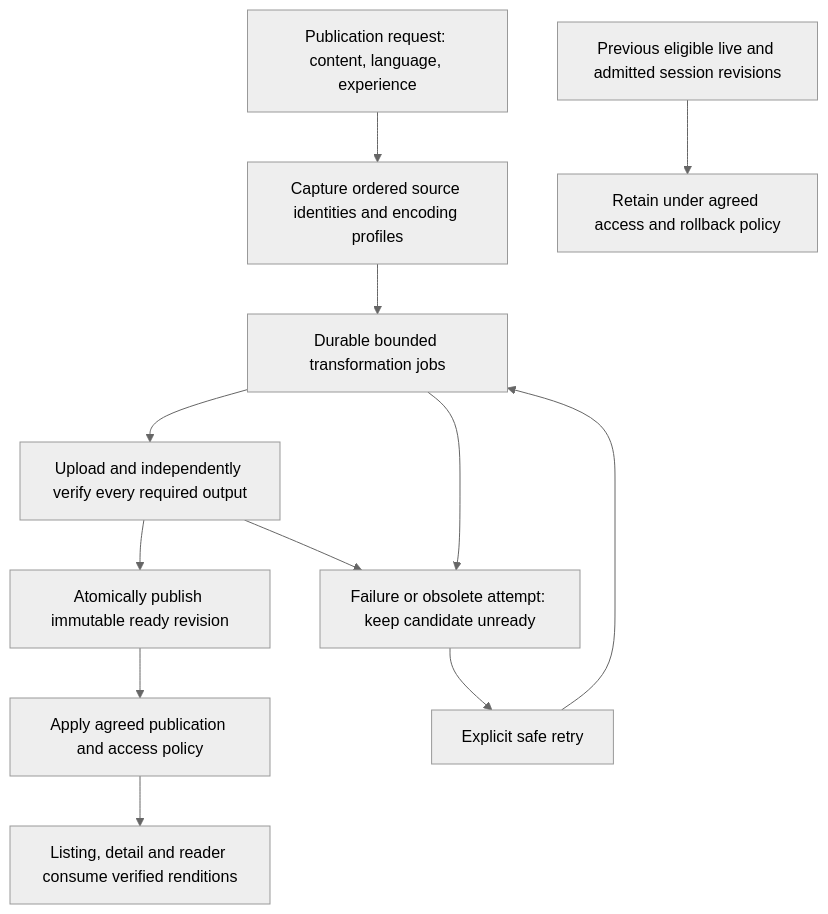
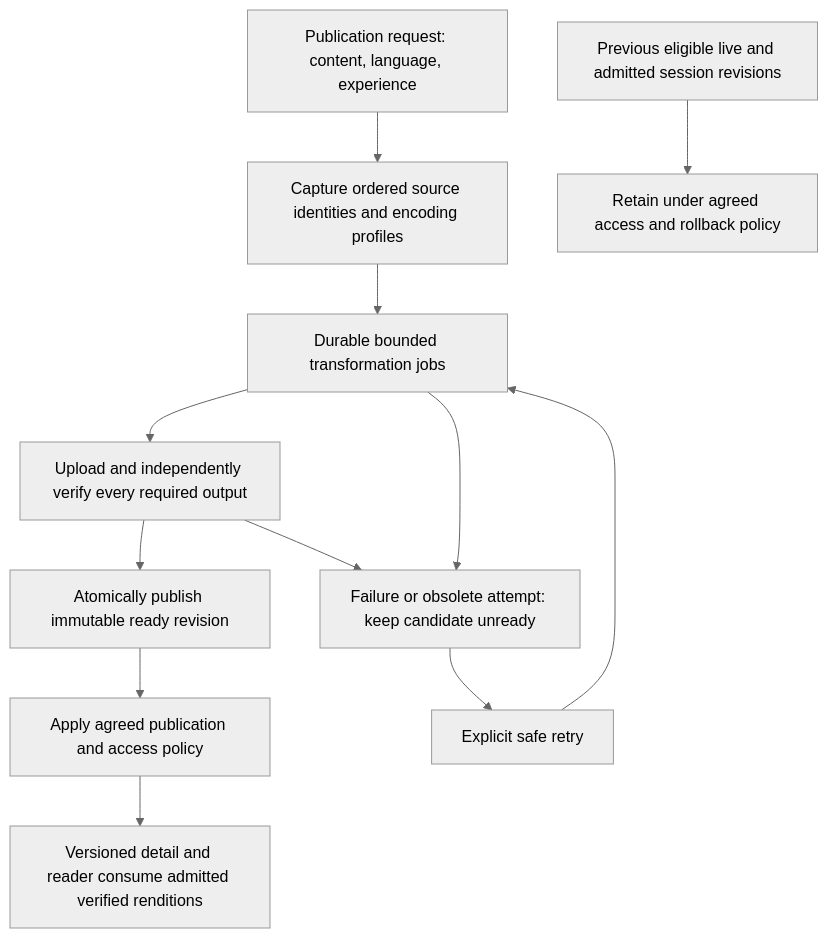
The diagram in _bmad-output/specs/spec-publish-time-image-optimization/implementation-plan.md (gurhann/tellpalv2), drawn with Mermaid (neutral theme) before and after one commit. The commit also changed other lines of this file and 9 other files, not shown here.

````diff
--- a/_bmad-output/specs/spec-publish-time-image-optimization/implementation-plan.md
+++ b/_bmad-output/specs/spec-publish-time-image-optimization/implementation-plan.md
@@ -7,14 +7,14 @@
 ```mermaid
 flowchart TD
     Request[Publication request: content, language, experience] --> Snapshot[Capture ordered source identities and encoding profiles]
     Snapshot --> Jobs[Durable bounded transformation jobs]
     Jobs --> Verify[Upload and independently verify every required output]
     Verify --> Ready[Atomically publish immutable ready revision]
     Ready --> Gate[Apply agreed publication and access policy]
-    Gate --> Consumer[Listing, detail and reader consume verified renditions]
+    Gate --> Consumer[Versioned detail and reader consume admitted verified renditions]
     Jobs --> Failure[Failure or obsolete attempt: keep candidate unready]
     Verify --> Failure
     Failure --> Retry[Explicit safe retry]
     Retry --> Jobs
     Previous[Previous eligible live and admitted session revisions] --> Retain[Retain under agreed access and rollback policy]
 ```
````
